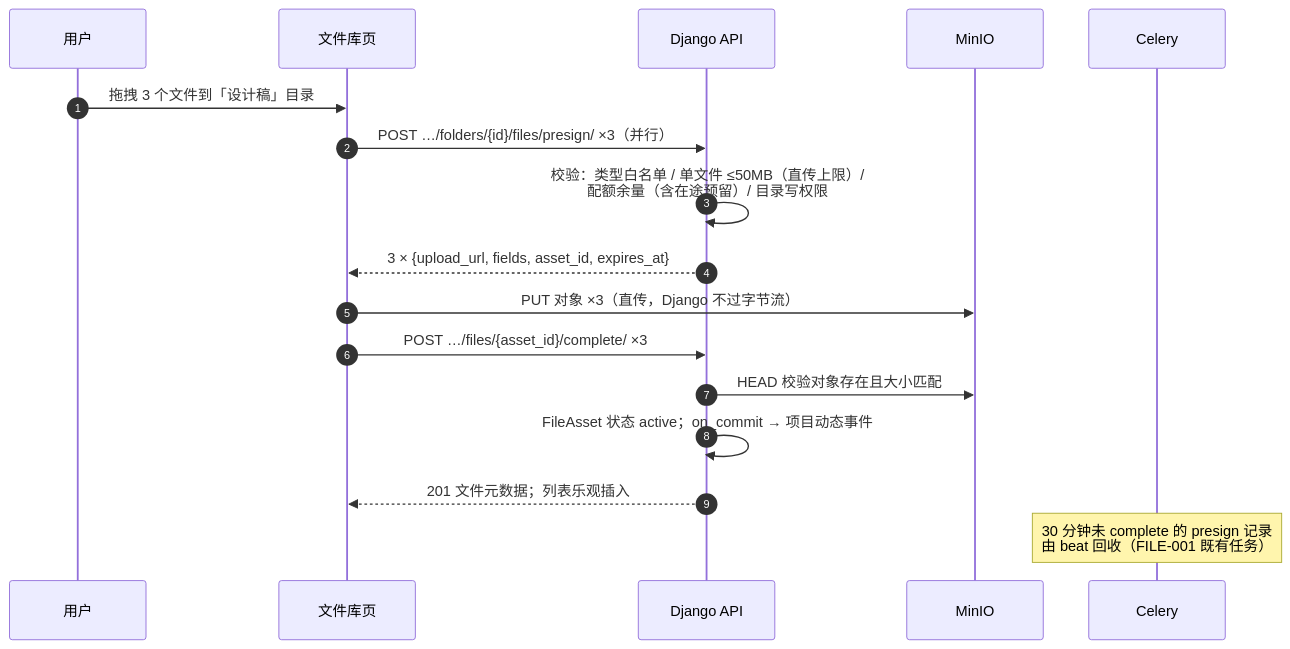
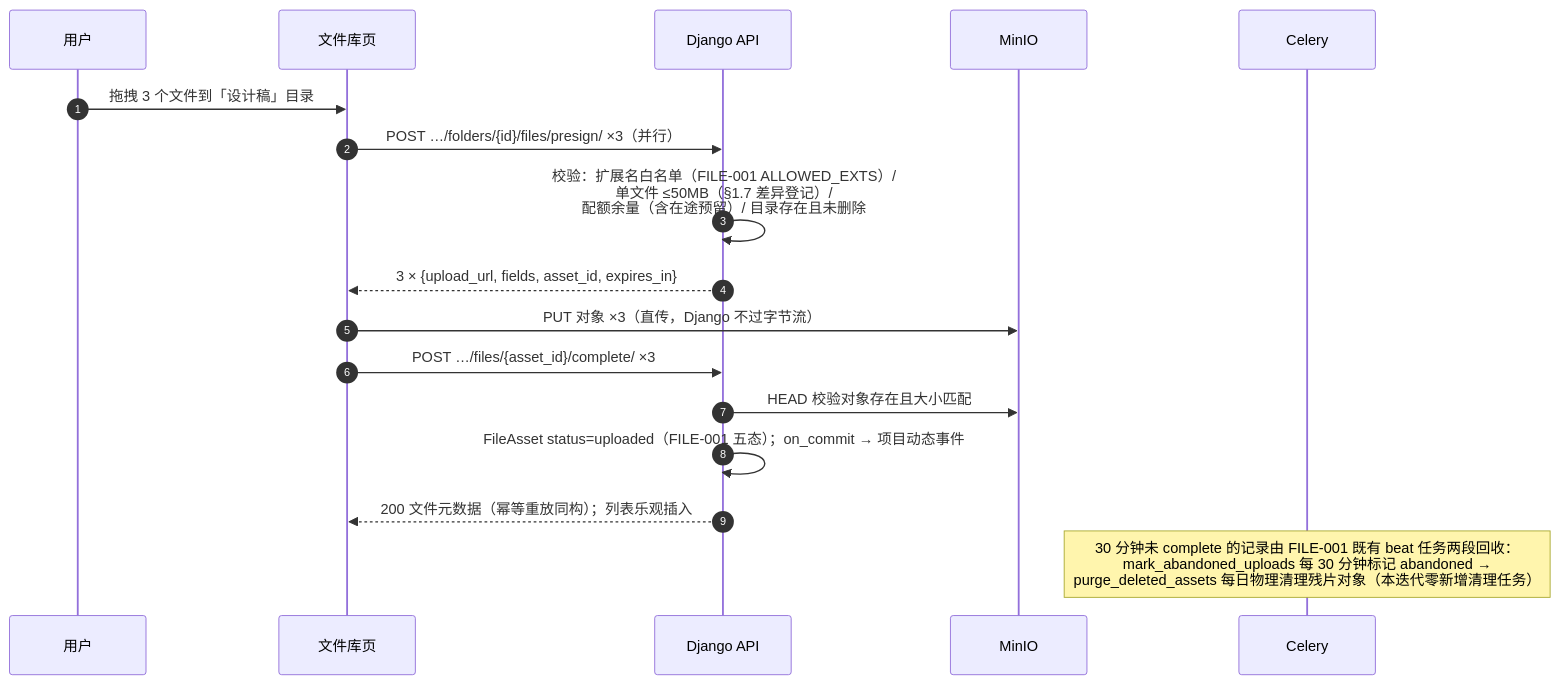
The first of 4 diagrams in docs/sprint-4-gantt-file/FILE-002-project-filelib.md (RabbitAI-Lab/RabbitProjects), drawn with Mermaid before and after one commit. The commit also changed other lines of this file and 6 other files, not shown here.

````diff
--- a/docs/sprint-4-gantt-file/FILE-002-project-filelib.md
+++ b/docs/sprint-4-gantt-file/FILE-002-project-filelib.md
@@ -96,20 +110,20 @@
 ```mermaid
 sequenceDiagram
     autonumber
     participant U as 用户
     participant FE as 文件库页
     participant API as Django API
     participant S3 as MinIO
     participant CW as Celery
 
     U->>FE: 拖拽 3 个文件到「设计稿」目录
     FE->>API: POST …/folders/{id}/files/presign/ ×3（并行）
-    API->>API: 校验：类型白名单 / 单文件 ≤50MB（直传上限）/<br/>配额余量（含在途预留）/ 目录写权限
-    API-->>FE: 3 × {upload_url, fields, asset_id, expires_at}
+    API->>API: 校验：扩展名白名单（FILE-001 ALLOWED_EXTS）/<br/>单文件 ≤50MB（§1.7 差异登记）/<br/>配额余量（含在途预留）/ 目录存在且未删除
+    API-->>FE: 3 × {upload_url, fields, asset_id, expires_in}
     FE->>S3: PUT 对象 ×3（直传，Django 不过字节流）
     FE->>API: POST …/files/{asset_id}/complete/ ×3
     API->>S3: HEAD 校验对象存在且大小匹配
-    API->>API: FileAsset 状态 active；on_commit → 项目动态事件
-    API-->>FE: 201 文件元数据；列表乐观插入
-    Note over CW: 30 分钟未 complete 的 presign 记录<br/>由 beat 回收（FILE-001 既有任务）
+    API->>API: FileAsset status=uploaded（FILE-001 五态）；on_commit → 项目动态事件
+    API-->>FE: 200 文件元数据（幂等重放同构）；列表乐观插入
+    Note over CW: 30 分钟未 complete 的记录由 FILE-001 既有 beat 任务两段回收：<br/>mark_abandoned_uploads 每 30 分钟标记 abandoned →<br/>purge_deleted_assets 每日物理清理残片对象（本迭代零新增清理任务）
 ```
````
